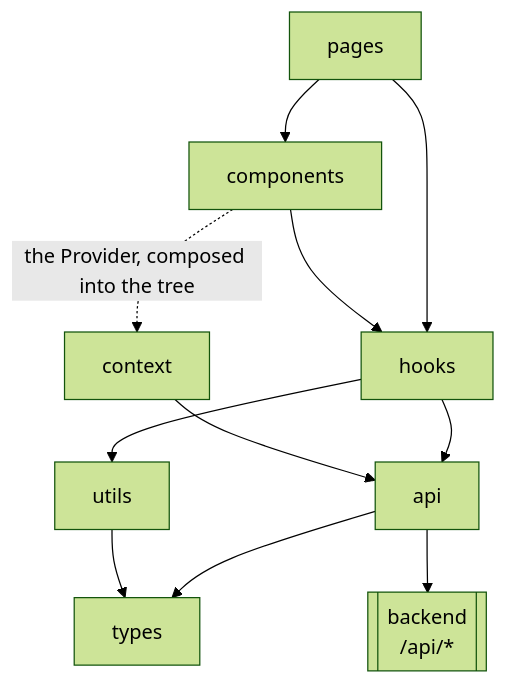
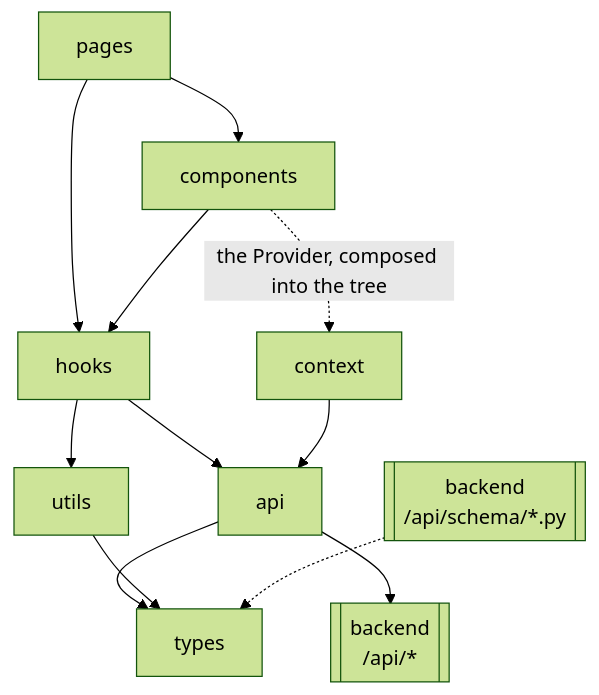
The third of 4 diagrams in docs/architecture.md (hadifar/rag), drawn with Mermaid (forest theme) before and after one commit. The commit also changed other lines of this file and 17 other files, not shown here.

Commit message:
refactor: improve frontend architecture and error handling in components

````diff
--- a/docs/architecture.md
+++ b/docs/architecture.md
@@ -69,22 +75,24 @@
 ```mermaid
 graph TD
     pages[pages]
     components[components]
     hooks[hooks]
     context[context]
     api[api]
     types[types]
     utils[utils]
     backend[["backend<br/>/api/*"]]
+    schema[["backend<br/>/api/schema/*.py"]]
 
     pages --> components
     pages --> hooks
     components --> hooks
     components -.->|the Provider, composed into the tree| context
     hooks --> api
     context --> api
     hooks --> utils
     api --> types
     utils --> types
     api --> backend
+    schema -.-> types
 ```
````
